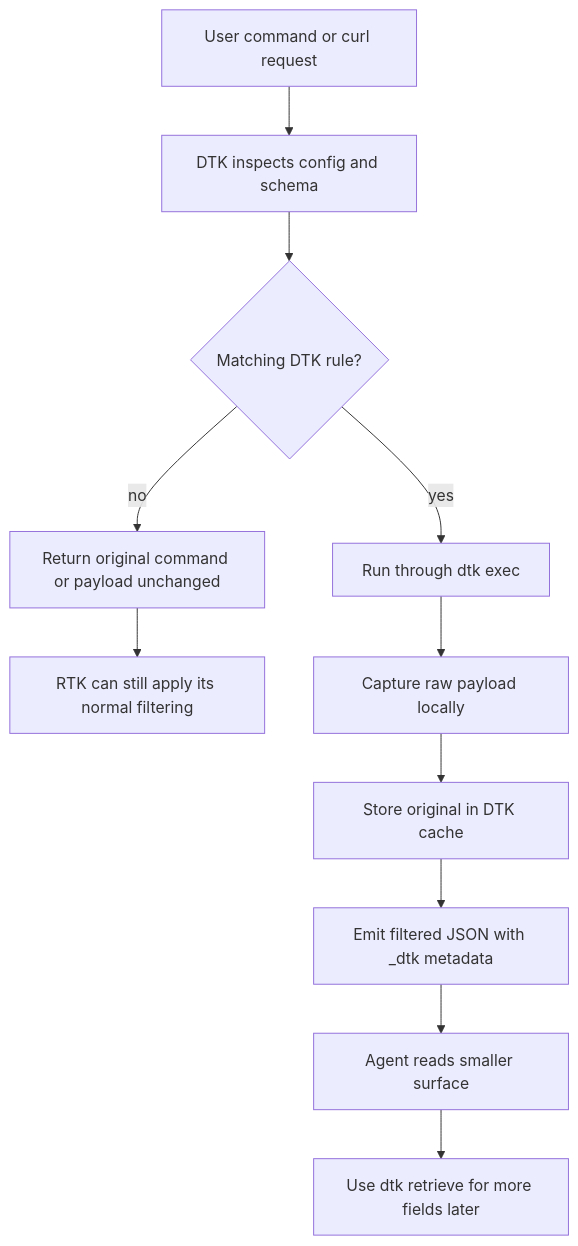
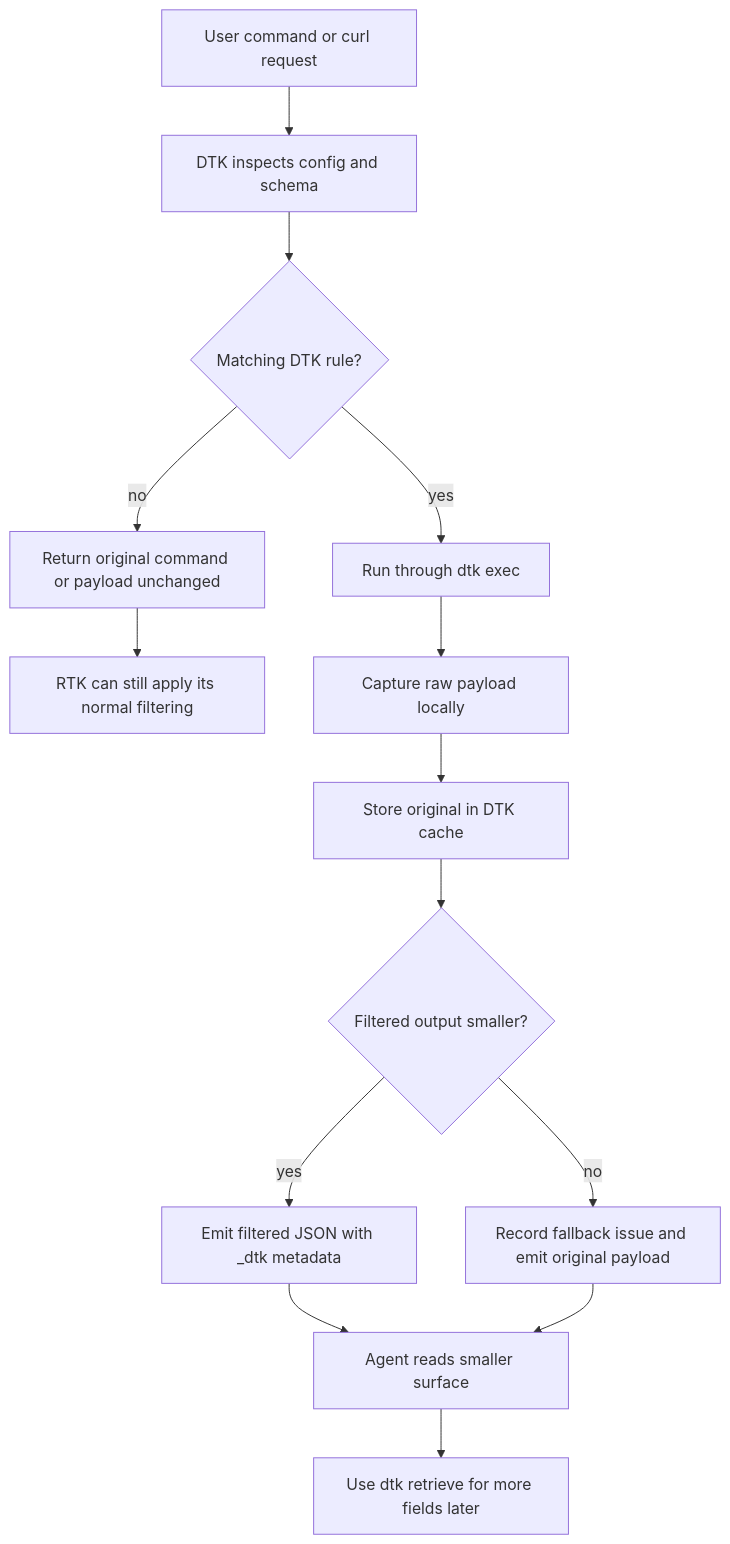
The diagram in README.md (Walter0697/DTK), drawn with Mermaid before and after one commit. The commit also changed other lines of this file, not shown here.

Commit message:
Clarify fallback behavior in docs

````diff
--- a/README.md
+++ b/README.md
@@ -101,13 +101,16 @@
 ```mermaid
 flowchart TD
   A[User command or curl request] --> B[DTK inspects config and schema]
   B --> C{Matching DTK rule?}
   C -- no --> D[Return original command or payload unchanged]
   D --> E[RTK can still apply its normal filtering]
   C -- yes --> F[Run through dtk exec]
   F --> G[Capture raw payload locally]
   G --> H[Store original in DTK cache]
-  H --> I[Emit filtered JSON with _dtk metadata]
-  I --> J[Agent reads smaller surface]
-  J --> K[Use dtk retrieve for more fields later]
+  H --> I{Filtered output smaller?}
+  I -- yes --> J[Emit filtered JSON with _dtk metadata]
+  I -- no --> K[Record fallback issue and emit original payload]
+  J --> L[Agent reads smaller surface]
+  K --> L
+  L --> M[Use dtk retrieve for more fields later]
 ```
````
